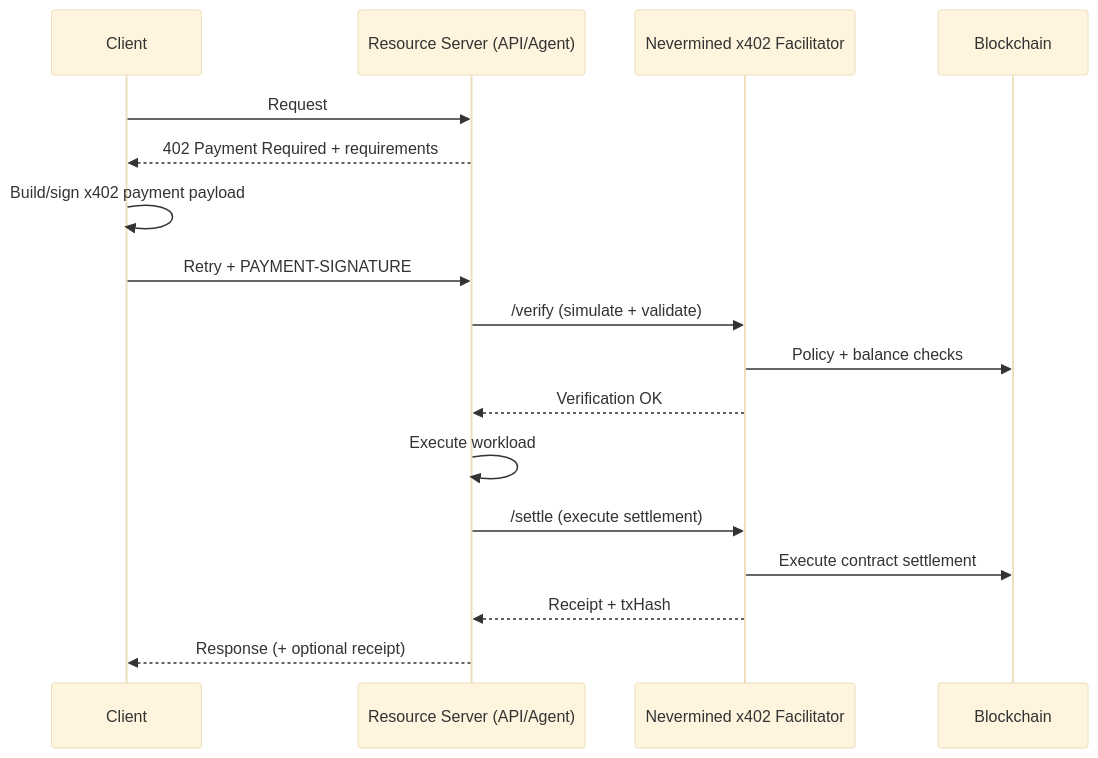
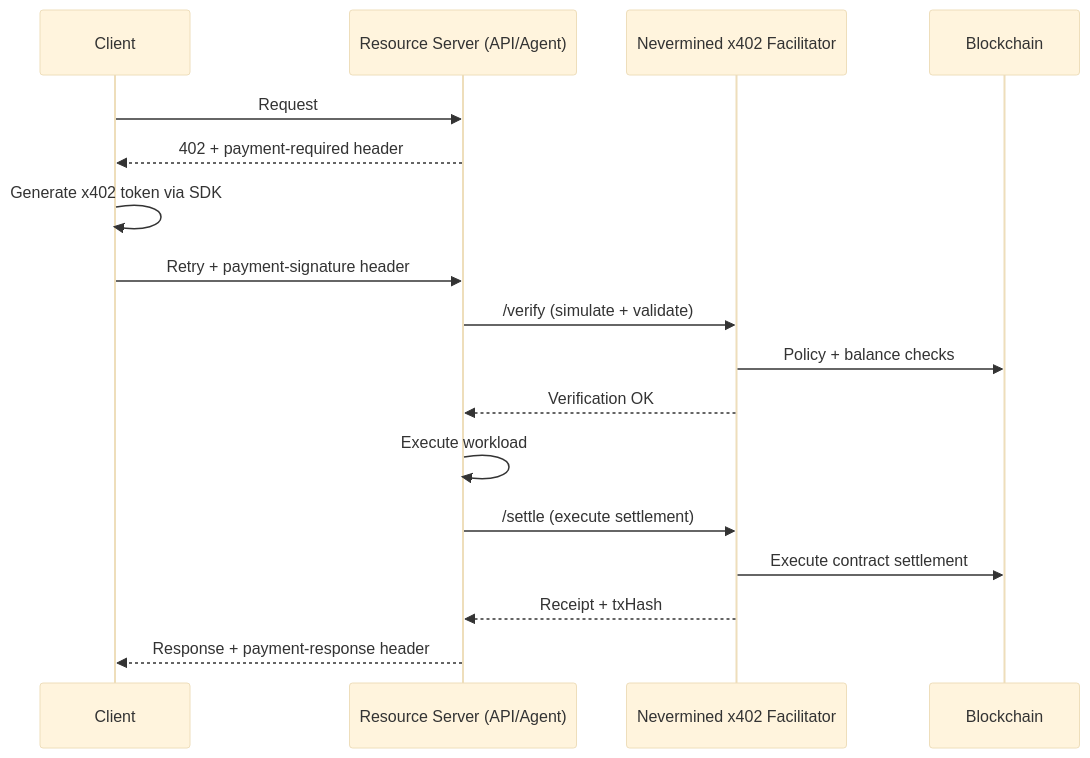
Before and after one commit to nevermined-io/docs: the diagram in docs/products/x402-facilitator/overview.mdx, drawn with Mermaid (base theme). The commit also changed other lines of this file and 1 other file, not shown here.

````diff
--- a/docs/products/x402-facilitator/overview.mdx
+++ b/docs/products/x402-facilitator/overview.mdx
@@ -42,25 +47,25 @@
 ```mermaid
 sequenceDiagram
     participant Client
     participant Server as Resource Server (API/Agent)
     participant Facilitator as Nevermined x402 Facilitator
     participant Chain as Blockchain
 
     Client->>Server: Request
-    Server-->>Client: 402 Payment Required + requirements
+    Server-->>Client: 402 + payment-required header
 
-    Client->>Client: Build/sign x402 payment payload
-    Client->>Server: Retry + PAYMENT-SIGNATURE
+    Client->>Client: Generate x402 token via SDK
+    Client->>Server: Retry + payment-signature header
 
     Server->>Facilitator: /verify (simulate + validate)
     Facilitator->>Chain: Policy + balance checks
     Facilitator-->>Server: Verification OK
 
     Server->>Server: Execute workload
 
     Server->>Facilitator: /settle (execute settlement)
     Facilitator->>Chain: Execute contract settlement
     Facilitator-->>Server: Receipt + txHash
 
-    Server-->>Client: Response (+ optional receipt)
+    Server-->>Client: Response + payment-response header
 ```
````
